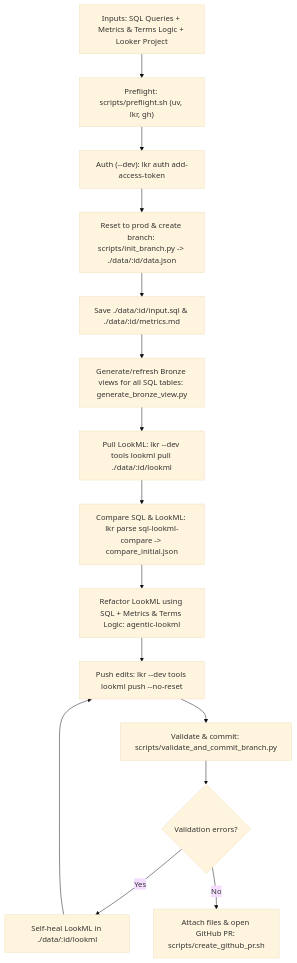
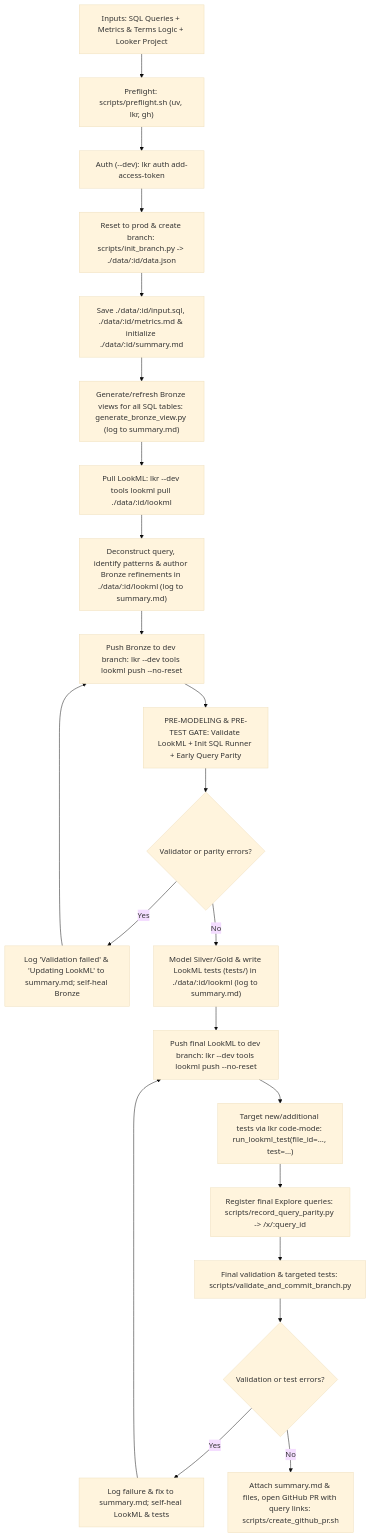
The diagram in skills/agentic-lookml-workflow/SKILL.md (lkrdev/cli), drawn with Mermaid (base theme) before and after one commit. The commit also changed other lines of this file and 10 other files, not shown here.

First line of the commit message:
feat(agentic-lookml): opinionated LookML tests, SQL parity checks, and summary.md tracking (#82)

````diff
--- a/skills/agentic-lookml-workflow/SKILL.md
+++ b/skills/agentic-lookml-workflow/SKILL.md
@@ -15,17 +19,24 @@
 ```mermaid
 flowchart TD
     Start["Inputs: SQL Queries + Metrics & Terms Logic + Looker Project"] --> Preflight["Preflight: scripts/preflight.sh (uv, lkr, gh)"]
     Preflight --> Auth["Auth (--dev): lkr auth add-access-token"]
     Auth --> InitBranch["Reset to prod & create branch: scripts/init_branch.py -> ./data/:id/data.json"]
-    InitBranch --> ExtractFiles["Save ./data/:id/input.sql & ./data/:id/metrics.md"]
-    ExtractFiles --> GenBronze["Generate/refresh Bronze views for all SQL tables: generate_bronze_view.py"]
+    InitBranch --> ExtractFiles["Save ./data/:id/input.sql, ./data/:id/metrics.md & initialize ./data/:id/summary.md"]
+    ExtractFiles --> GenBronze["Generate/refresh Bronze views for all SQL tables: generate_bronze_view.py (log to summary.md)"]
     GenBronze --> PullLookML["Pull LookML: lkr --dev tools lookml pull ./data/:id/lookml"]
-    PullLookML --> RunCompare["Compare SQL & LookML: lkr parse sql-lookml-compare -> compare_initial.json"]
-    RunCompare --> RunAgentic["Refactor LookML using SQL + Metrics & Terms Logic: agentic-lookml"]
-    RunAgentic --> Push["Push edits: lkr --dev tools lookml push --no-reset"]
-    Push --> ValidateCommit["Validate & commit: scripts/validate_and_commit_branch.py"]
-    ValidateCommit --> ValidCheck{"Validation errors?"}
-    ValidCheck -- "Yes" --> FixErrors["Self-heal LookML in ./data/:id/lookml"]
-    FixErrors --> Push
-    ValidCheck -- "No" --> OpenPR["Attach files & open GitHub PR: scripts/create_github_pr.sh"]
+    PullLookML --> GenBronzeRefinements["Deconstruct query, identify patterns & author Bronze refinements in ./data/:id/lookml (log to summary.md)"]
+    GenBronzeRefinements --> PushBronze["Push Bronze to dev branch: lkr --dev tools lookml push --no-reset"]
+    PushBronze --> PreGate["PRE-MODELING & PRE-TEST GATE: Validate LookML + Init SQL Runner + Early Query Parity"]
+    PreGate --> PreGateCheck{"Validator or parity errors?"}
+    PreGateCheck -- "Yes" --> FixBronze["Log 'Validation failed' & 'Updating LookML' to summary.md; self-heal Bronze"]
+    FixBronze --> PushBronze
+    PreGateCheck -- "No" --> RunAgentic["Model Silver/Gold & write LookML tests (tests/) in ./data/:id/lookml (log to summary.md)"]
+    RunAgentic --> PushFinal["Push final LookML to dev branch: lkr --dev tools lookml push --no-reset"]
+    PushFinal --> TargetTests["Target new/additional tests via lkr code-mode: run_lookml_test(file_id=..., test=...)"]
+    TargetTests --> RecordParity["Register final Explore queries: scripts/record_query_parity.py -> /x/:query_id"]
+    RecordParity --> ValidateCommit["Final validation & targeted tests: scripts/validate_and_commit_branch.py"]
+    ValidateCommit --> ValidCheck{"Validation or test errors?"}
+    ValidCheck -- "Yes" --> FixFinal["Log failure & fix to summary.md; self-heal LookML & tests"]
+    FixFinal --> PushFinal
+    ValidCheck -- "No" --> OpenPR["Attach summary.md & files, open GitHub PR with query links: scripts/create_github_pr.sh"]
 ```
````
